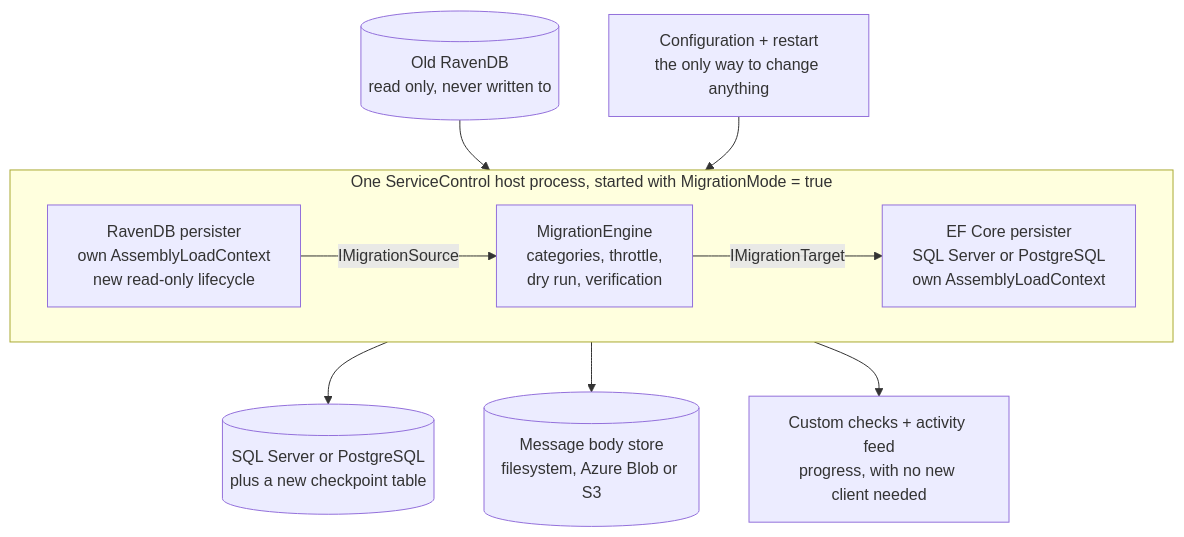
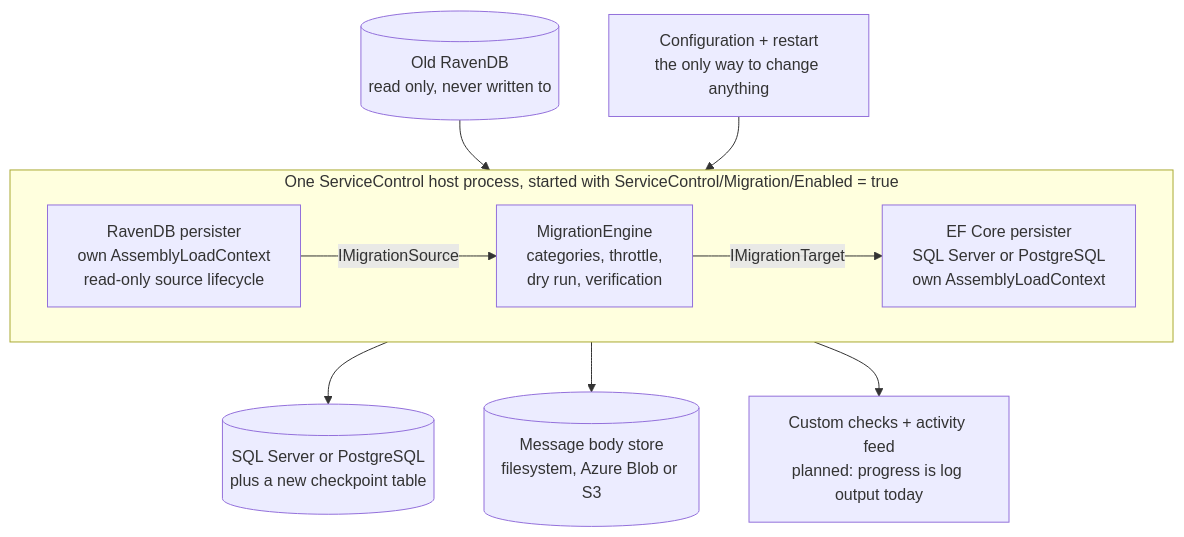
One commit to Particular/ServiceControl changed the first of 4 diagrams in docs/migration/ravendb-to-sql-migration-overview.md. Above: the diagram before and after it, drawn with Mermaid. The commit also changed other lines of this file and 4 other files, not shown here.

````diff
--- a/docs/migration/ravendb-to-sql-migration-overview.md
+++ b/docs/migration/ravendb-to-sql-migration-overview.md
@@ -91,24 +100,24 @@
 ```mermaid
 flowchart TB
     cfg["Configuration + restart<br/>the only way to change anything"]
-    checks["Custom checks + activity feed<br/>progress, with no new client needed"]
+    checks["Custom checks + activity feed<br/>planned: progress is log output today"]
 
-    subgraph host["One ServiceControl host process, started with MigrationMode = true"]
+    subgraph host["One ServiceControl host process, started with ServiceControl/Migration/Enabled = true"]
         direction LR
-        raven["RavenDB persister<br/>own AssemblyLoadContext<br/>new read-only lifecycle"]
+        raven["RavenDB persister<br/>own AssemblyLoadContext<br/>read-only source lifecycle"]
         engine["MigrationEngine<br/>categories, throttle,<br/>dry run, verification"]
         target["EF Core persister<br/>SQL Server or PostgreSQL<br/>own AssemblyLoadContext"]
         raven -->|"IMigrationSource"| engine
         engine -->|"IMigrationTarget"| target
     end
 
     old[("Old RavenDB<br/>read only, never written to")]
     sql[("SQL Server or PostgreSQL<br/>plus a new checkpoint table")]
     bodies[("Message body store<br/>filesystem, Azure Blob or S3")]
 
     cfg --> host
     host --> checks
     old --> raven
     target --> sql
     target --> bodies
 ```
````
